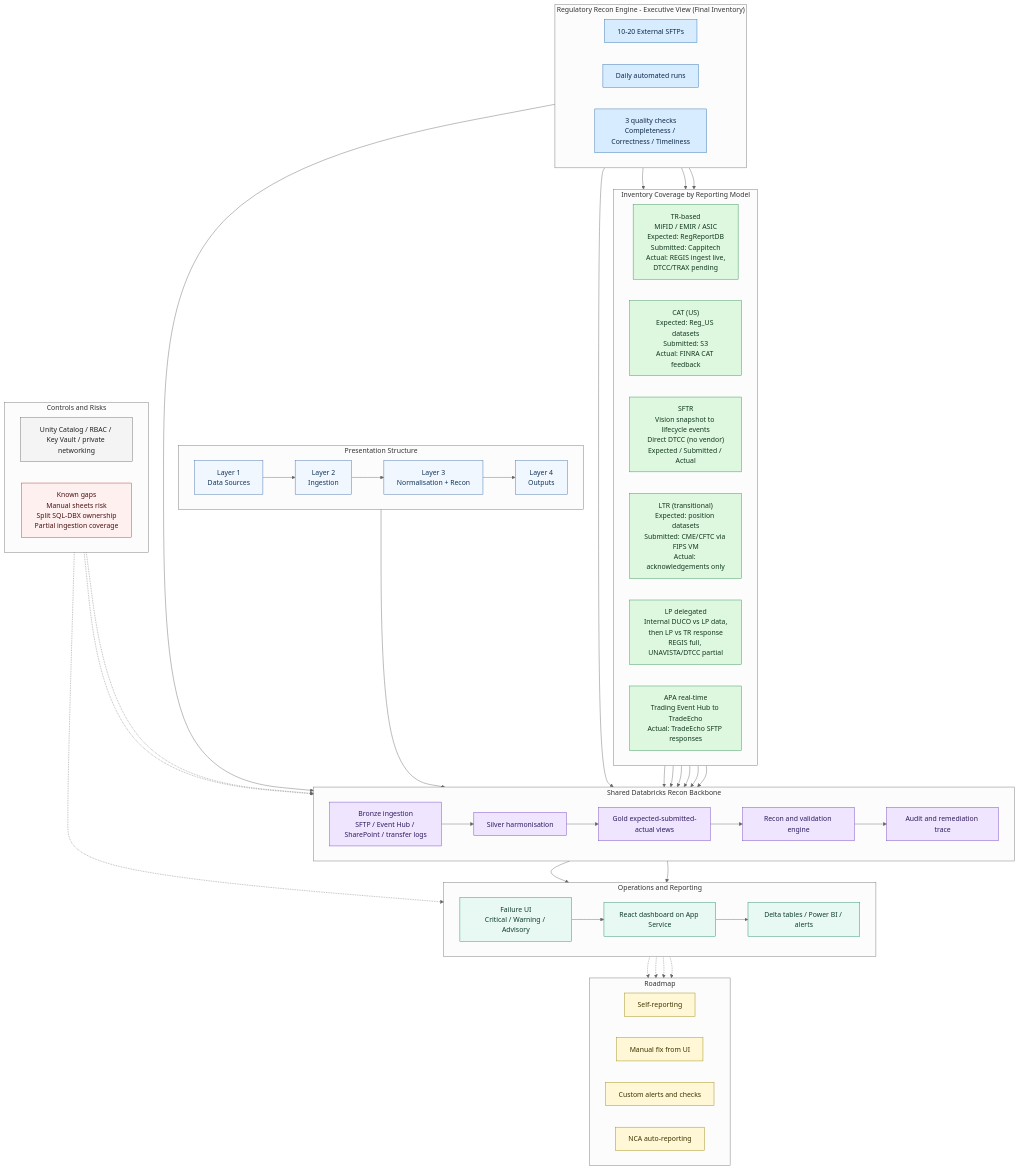
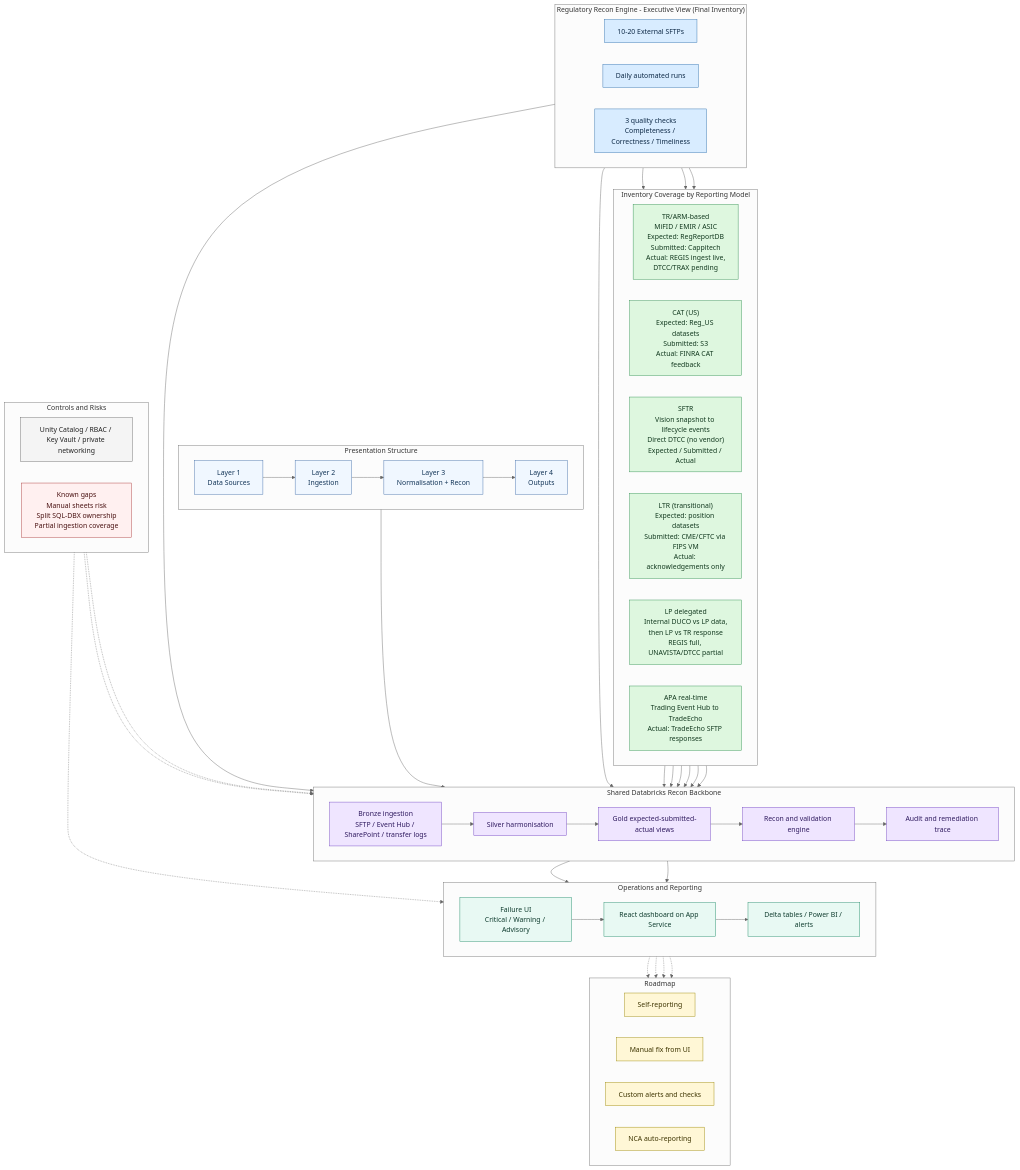
One commit to valentinosko-hub/RegTech changed the diagram in docs/regtech-recon-engine-exec-diagram.md. Above: the diagram before and after it, drawn with Mermaid (neutral theme). The commit also changed 3 other files, not shown here.

Commit message:
Rename TR-based label to TR/ARM-based

```diff
--- a/docs/regtech-recon-engine-exec-diagram.md
+++ b/docs/regtech-recon-engine-exec-diagram.md
@@ -20,7 +20,7 @@
 
   subgraph MODELS["Inventory Coverage by Reporting Model"]
     direction LR
-    M1["TR-based\nMiFID / EMIR / ASIC\nExpected: RegReportDB\nSubmitted: Cappitech\nActual: REGIS ingest live,\nDTCC/TRAX pending"]
+    M1["TR/ARM-based\nMiFID / EMIR / ASIC\nExpected: RegReportDB\nSubmitted: Cappitech\nActual: REGIS ingest live,\nDTCC/TRAX pending"]
     M2["CAT (US)\nExpected: Reg_US datasets\nSubmitted: S3\nActual: FINRA CAT feedback"]
     M3["SFTR\nVision snapshot to lifecycle events\nDirect DTCC (no vendor)\nExpected / Submitted / Actual"]
     M4["LTR (transitional)\nExpected: position datasets\nSubmitted: CME/CFTC via FIPS VM\nActual: acknowledgements only"]
```
